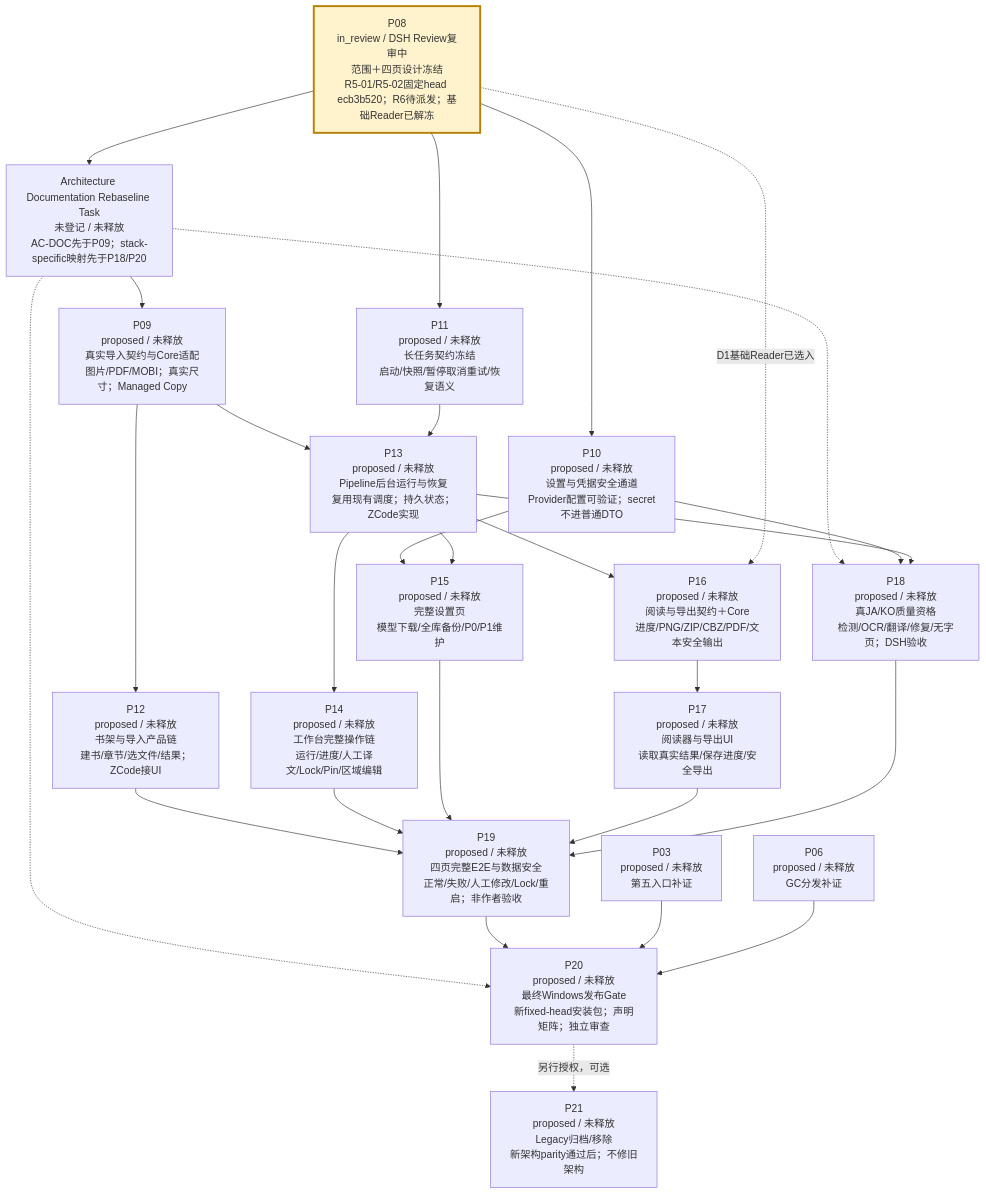
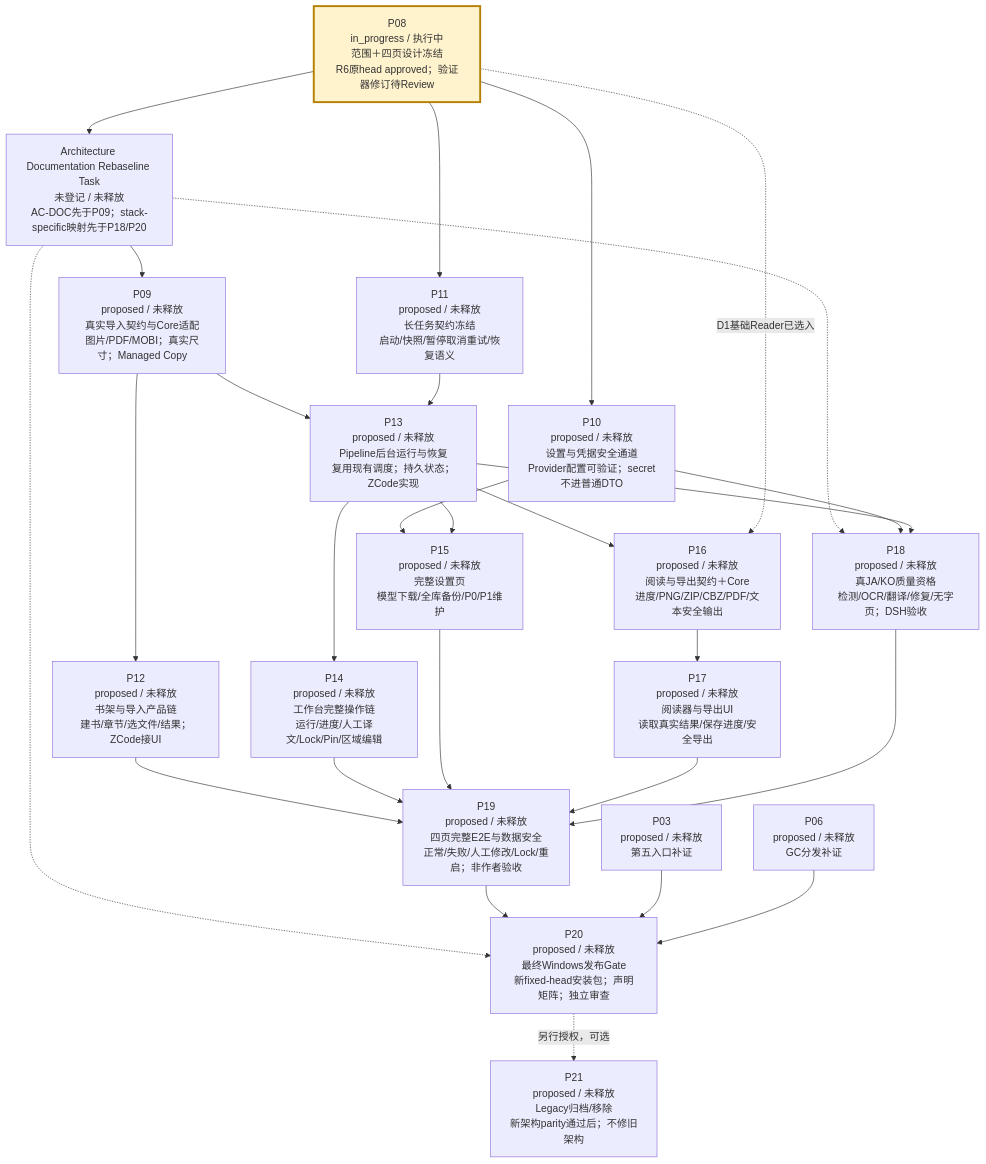
The third of 4 diagrams in verification/PROJECT-ROADMAP-20261008/ROADMAP.md (peakwheat-pixel/New-Manga), drawn with Mermaid before and after one commit. The commit also changed other lines of this file and 13 other files, not shown here.

````diff
--- a/verification/PROJECT-ROADMAP-20261008/ROADMAP.md
+++ b/verification/PROJECT-ROADMAP-20261008/ROADMAP.md
@@ -47,30 +47,30 @@
 ```mermaid
 flowchart TB
-  P08["P08<br/>in_review / DSH Review复审中<br/>范围＋四页设计冻结<br/>R5-01/R5-02固定head ecb3b520；R6待派发；基础Reader已解冻"] --> ARCHDOC["Architecture Documentation Rebaseline Task<br/>未登记 / 未释放<br/>AC-DOC先于P09；stack-specific映射先于P18/P20"]
+  P08["P08<br/>in_progress / 执行中<br/>范围＋四页设计冻结<br/>R6原head approved；验证器修订待Review"] --> ARCHDOC["Architecture Documentation Rebaseline Task<br/>未登记 / 未释放<br/>AC-DOC先于P09；stack-specific映射先于P18/P20"]
   ARCHDOC --> P09["P09<br/>proposed / 未释放<br/>真实导入契约与Core适配<br/>图片/PDF/MOBI；真实尺寸；Managed Copy"]
   ARCHDOC -.-> P18
   ARCHDOC -.-> P20
   P08 --> P10["P10<br/>proposed / 未释放<br/>设置与凭据安全通道<br/>Provider配置可验证；secret不进普通DTO"]
   P08 --> P11["P11<br/>proposed / 未释放<br/>长任务契约冻结<br/>启动/快照/暂停取消重试/恢复语义"]
   P09 --> P12["P12<br/>proposed / 未释放<br/>书架与导入产品链<br/>建书/章节/选文件/结果；ZCode接UI"]
   P09 --> P13["P13<br/>proposed / 未释放<br/>Pipeline后台运行与恢复<br/>复用现有调度；持久状态；ZCode实现"]
   P11 --> P13
   P13 --> P14["P14<br/>proposed / 未释放<br/>工作台完整操作链<br/>运行/进度/人工译文/Lock/Pin/区域编辑"]
   P10 --> P15["P15<br/>proposed / 未释放<br/>完整设置页<br/>模型下载/全库备份/P0/P1维护"]
   P13 --> P15
   P13 --> P16["P16<br/>proposed / 未释放<br/>阅读与导出契约＋Core<br/>进度/PNG/ZIP/CBZ/PDF/文本安全输出"]
   P08 -. "D1基础Reader已选入" .-> P16
   P16 --> P17["P17<br/>proposed / 未释放<br/>阅读器与导出UI<br/>读取真实结果/保存进度/安全导出"]
   P10 --> P18["P18<br/>proposed / 未释放<br/>真JA/KO质量资格<br/>检测/OCR/翻译/修复/无字页；DSH验收"]
   P13 --> P18
   P12 --> P19["P19<br/>proposed / 未释放<br/>四页完整E2E与数据安全<br/>正常/失败/人工修改/Lock/重启；非作者验收"]
   P14 --> P19
   P15 --> P19
   P17 --> P19
   P18 --> P19
   P19 --> P20["P20<br/>proposed / 未释放<br/>最终Windows发布Gate<br/>新fixed-head安装包；声明矩阵；独立审查"]
   P03["P03<br/>proposed / 未释放<br/>第五入口补证"] --> P20
   P06["P06<br/>proposed / 未释放<br/>GC分发补证"] --> P20
   P20 -. "另行授权，可选" .-> P21["P21<br/>proposed / 未释放<br/>Legacy归档/移除<br/>新架构parity通过后；不修旧架构"]
   style P08 fill:#fff3cd,stroke:#b58105,stroke-width:3px
 ```
````
